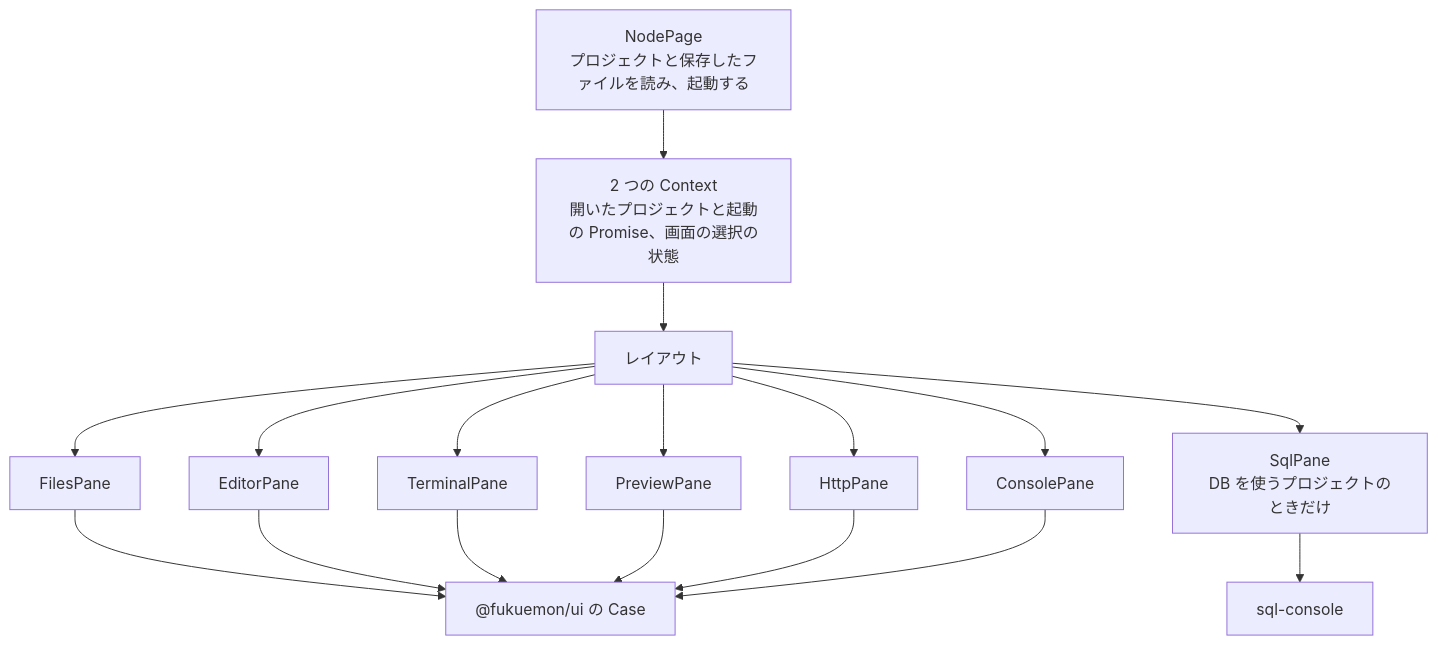
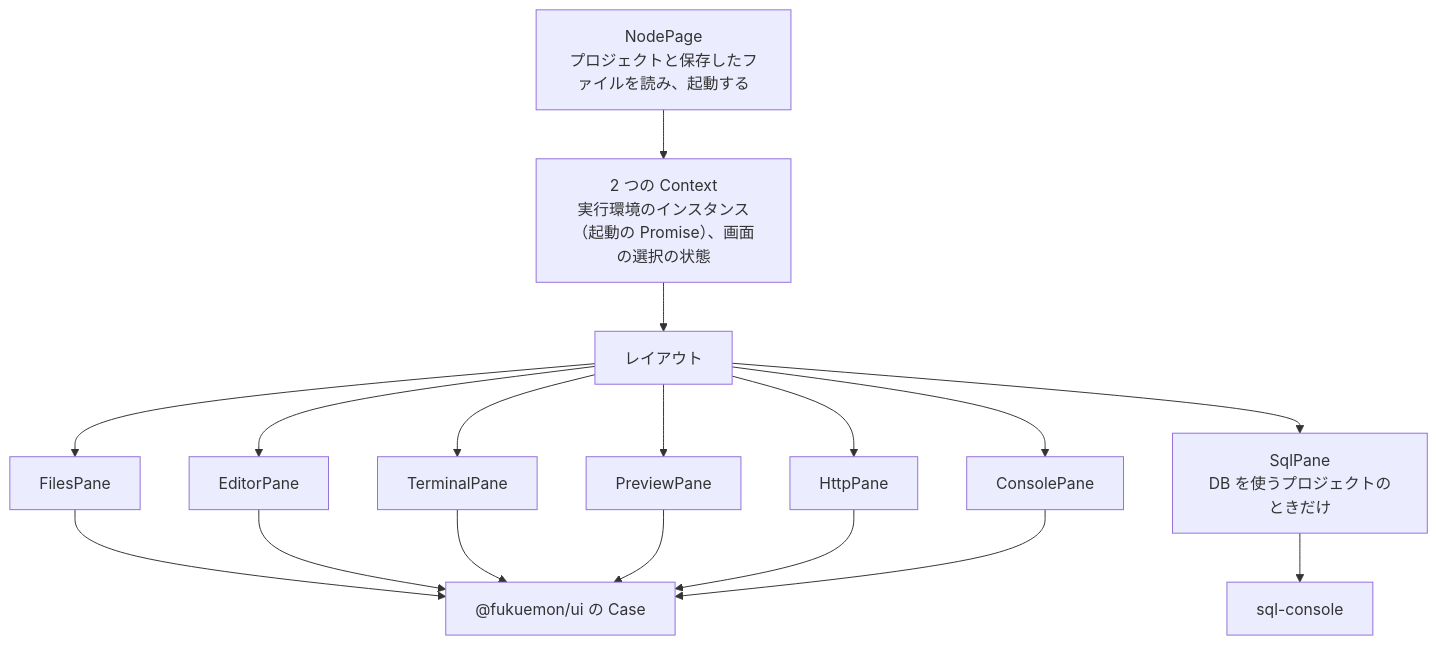
One commit to Fukuemon/fukuemon.dev changed the second of 3 diagrams in apps/playground/DesignDoc.md. Above: the diagram before and after it, drawn with Mermaid. The commit also changed other lines of this file, not shown here.

First line of the commit message:
docs(design): Context を ADR-0048 の語に寄せ、ProcessInfo とプレビューの上限の扱いを書く #95

````diff
--- a/apps/playground/DesignDoc.md
+++ b/apps/playground/DesignDoc.md
@@ -338,24 +340,24 @@
 ```mermaid
 flowchart TB
   page["NodePage<br/>プロジェクトと保存したファイルを読み、起動する"]
-  ctx["2 つの Context<br/>開いたプロジェクトと起動の Promise、画面の選択の状態"]
+  ctx["2 つの Context<br/>実行環境のインスタンス（起動の Promise）、画面の選択の状態"]
   layout["レイアウト"]
   files["FilesPane"]
   editor["EditorPane"]
   terminal["TerminalPane"]
   preview["PreviewPane"]
   http["HttpPane"]
   cons["ConsolePane"]
   sqlp["SqlPane<br/>DB を使うプロジェクトのときだけ"]
   ui["@fukuemon/ui の Case"]
   sc["sql-console"]
 
   page --> ctx --> layout
   layout --> files --> ui
   layout --> editor --> ui
   layout --> terminal --> ui
   layout --> preview --> ui
   layout --> http --> ui
   layout --> cons --> ui
   layout --> sqlp --> sc
 ```
````
